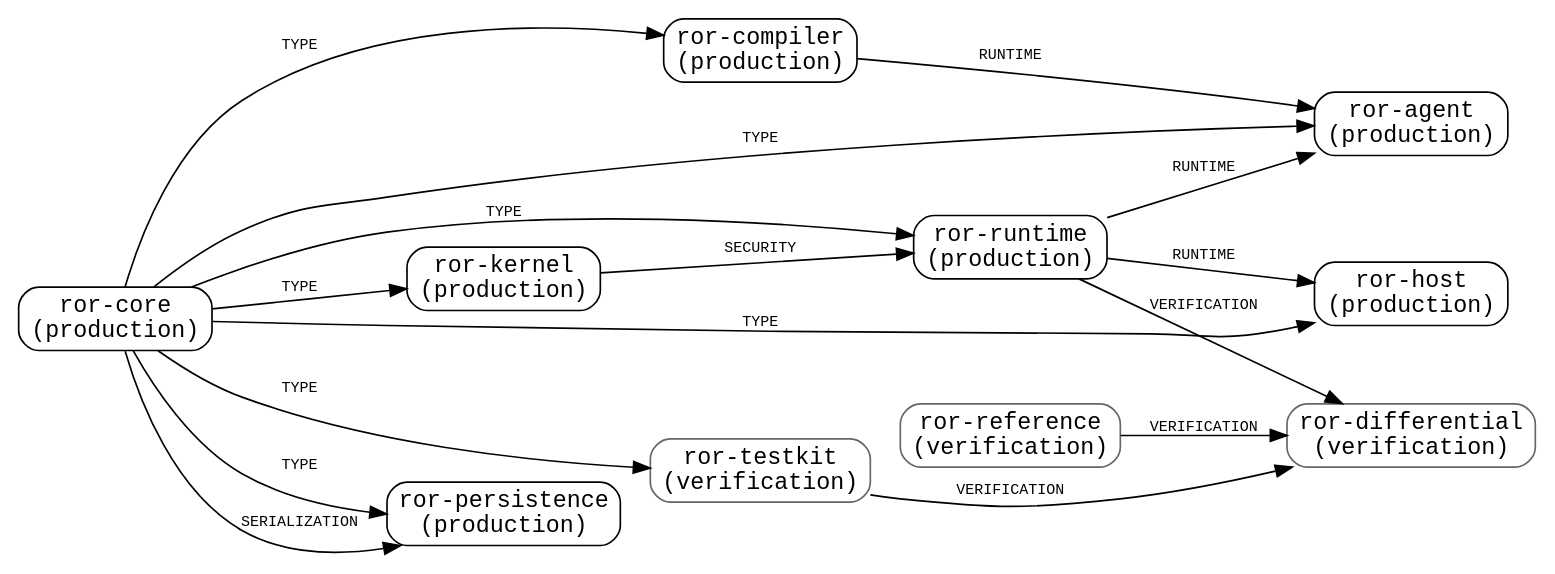
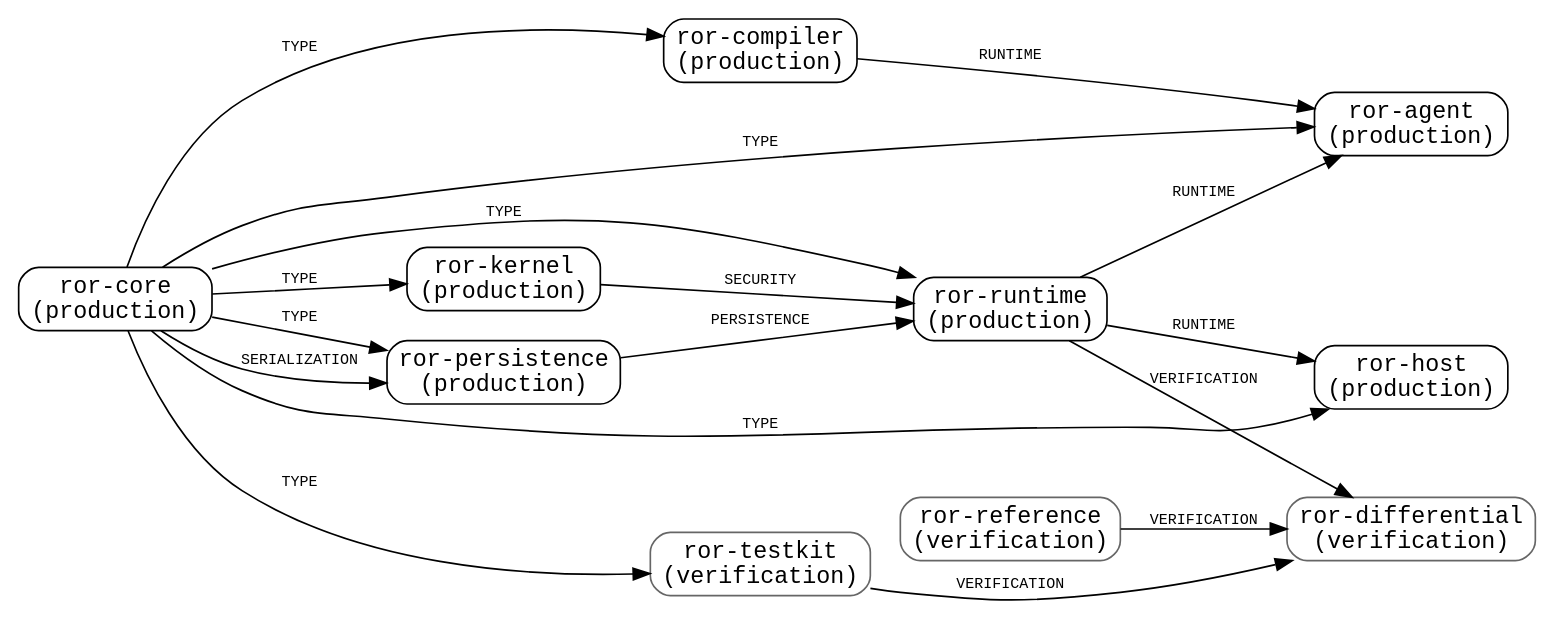
The first of 2 diagrams in dep/01-graph.md (Abdus2023/Red-on-Rust), drawn with Graphviz before and after one commit. The commit also changed other lines of this file and 13 other files, not shown here.

````diff
--- a/dep/01-graph.md
+++ b/dep/01-graph.md
@@ -70,39 +69,40 @@
 ```dot
 digraph ror_crates {
   rankdir=LR; node [shape=box, style=rounded, fontname="monospace"];
   edge  [fontname="monospace", fontsize=9];
   "ror-core" [label="ror-core\n(production)"];
   "ror-compiler" [label="ror-compiler\n(production)"];
   "ror-kernel" [label="ror-kernel\n(production)"];
   "ror-runtime" [label="ror-runtime\n(production)"];
   "ror-persistence" [label="ror-persistence\n(production)"];
   "ror-host" [label="ror-host\n(production)"];
   "ror-agent" [label="ror-agent\n(production)"];
   "ror-reference" [label="ror-reference\n(verification)", color=gray40];
   "ror-differential" [label="ror-differential\n(verification)", color=gray40];
   "ror-testkit" [label="ror-testkit\n(verification)", color=gray40];
   "ror-core" -> "ror-compiler" [label="TYPE"];
   "ror-core" -> "ror-kernel" [label="TYPE"];
   "ror-core" -> "ror-runtime" [label="TYPE"];
   "ror-kernel" -> "ror-runtime" [label="SECURITY"];
   "ror-core" -> "ror-persistence" [label="TYPE"];
   "ror-core" -> "ror-persistence" [label="SERIALIZATION"];
   "ror-core" -> "ror-host" [label="TYPE"];
   "ror-runtime" -> "ror-host" [label="RUNTIME"];
   "ror-core" -> "ror-agent" [label="TYPE"];
   "ror-compiler" -> "ror-agent" [label="RUNTIME"];
   "ror-runtime" -> "ror-agent" [label="RUNTIME"];
+  "ror-persistence" -> "ror-runtime" [label="PERSISTENCE"];
   "ror-core" -> "ror-testkit" [label="TYPE"];
   "ror-reference" -> "ror-differential" [label="VERIFICATION"];
   "ror-runtime" -> "ror-differential" [label="VERIFICATION"];
   "ror-testkit" -> "ror-differential" [label="VERIFICATION"];
   // ror-reference keeps no production edge (R-REF-02; L39807-39828 S14).
   // A call is not a dependency: ror-runtime CALLS ror-persistence at
   // request step 14, but ror-persistence does not depend on ror-runtime
   // (spec/07 S3; the S13 diagram implies otherwise - V-04).
   // Forced by the specification yet absent from every crate list (HD-3):
   //   ror-compiler -> ror-runtime   (ExecutablePlan, V-01)
   //   ror-persistence -> ror-agent  (PlannerAccepted recording)
   //   ror-host <-> ror-agent        (replay composition, V-04)
 }
 ```
````
